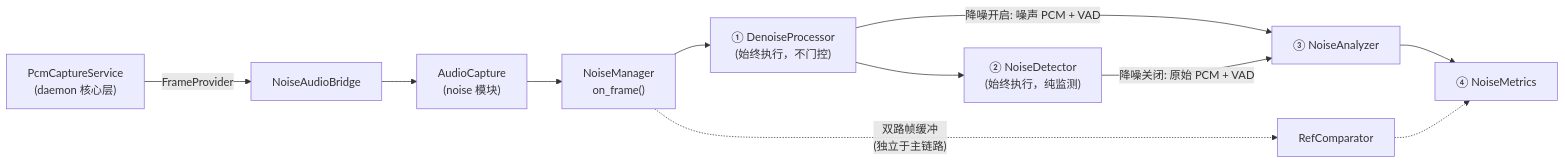
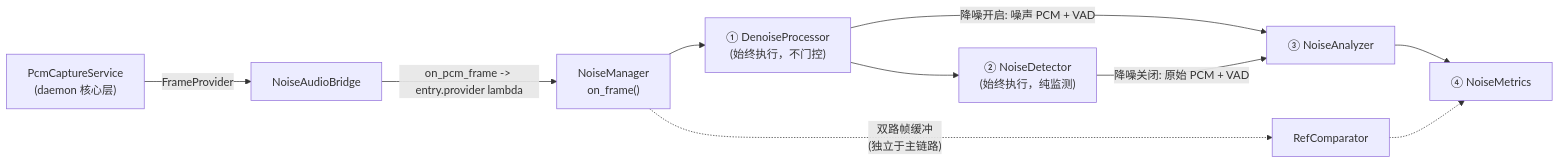
Before and after one commit to JunJunHub/aes67-linux-daemon: the third of 6 diagrams in docs/noise/architecture-design.md, drawn with Mermaid. The commit also changed other lines of this file and 6 other files, not shown here.

First line of the commit message:
refactor(noise): 删除 vestigial AudioCapture，帧分发归 NoiseManager::on_frame

````diff
--- a/docs/noise/architecture-design.md
+++ b/docs/noise/architecture-design.md
@@ -323,13 +323,12 @@
 ```mermaid
 flowchart LR
     PCS["PcmCaptureService<br/>(daemon 核心层)"] -->|FrameProvider| BRIDGE["NoiseAudioBridge"]
-    BRIDGE --> CAP["AudioCapture<br/>(noise 模块)"]
-    CAP --> NM["NoiseManager<br/>on_frame()"]
+    BRIDGE -->|"on_pcm_frame -> entry.provider lambda"| NM["NoiseManager<br/>on_frame()"]
     NM --> DNR["① DenoiseProcessor<br/>(始终执行，不门控)"]
     DNR --> DET["② NoiseDetector<br/>(始终执行，纯监测)"]
     DNR -->|"降噪开启: 噪声 PCM + VAD"| ANA["③ NoiseAnalyzer"]
     DET -->|"降噪关闭: 原始 PCM + VAD"| ANA
     ANA --> MET["④ NoiseMetrics"]
     NM -.->|"双路帧缓冲<br/>(独立于主链路)"| REF["RefComparator"]
     REF -.-> MET
 ```
````
